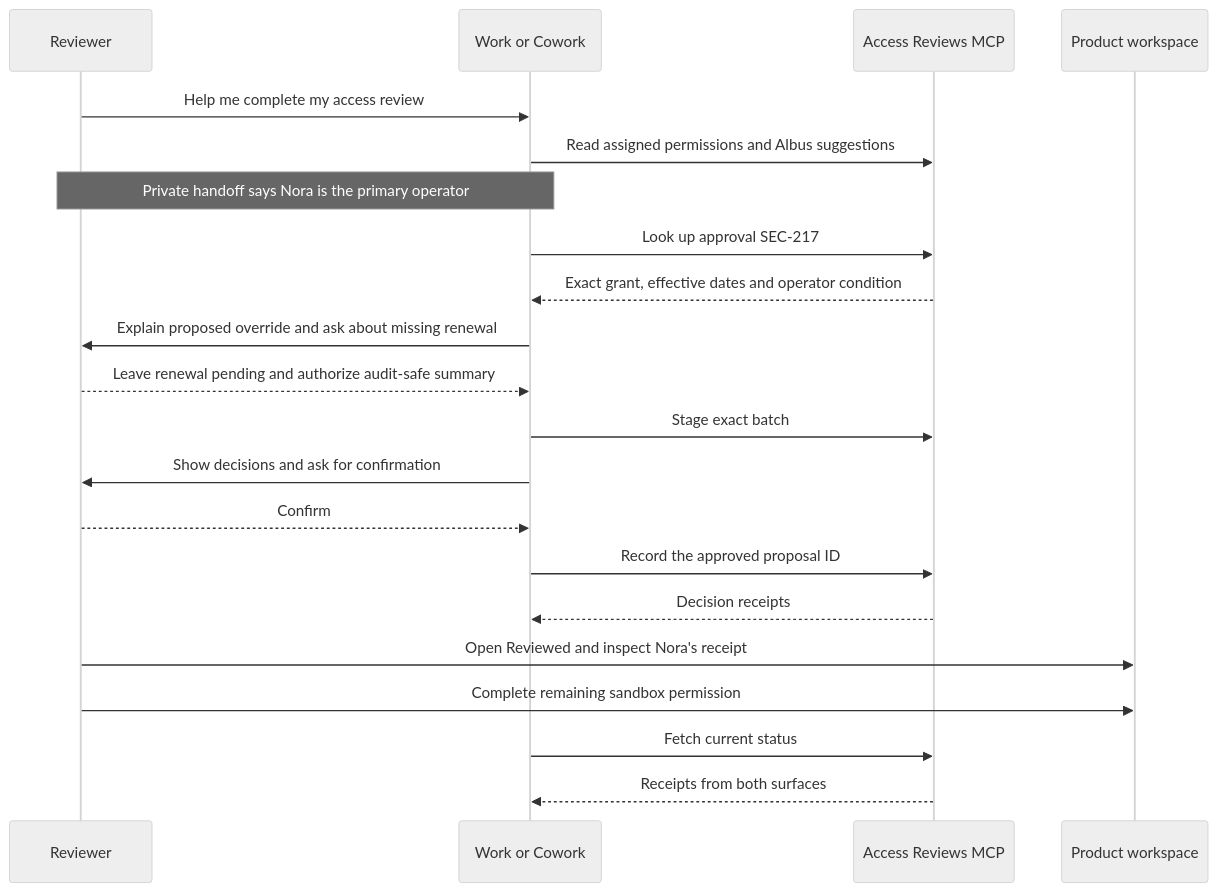
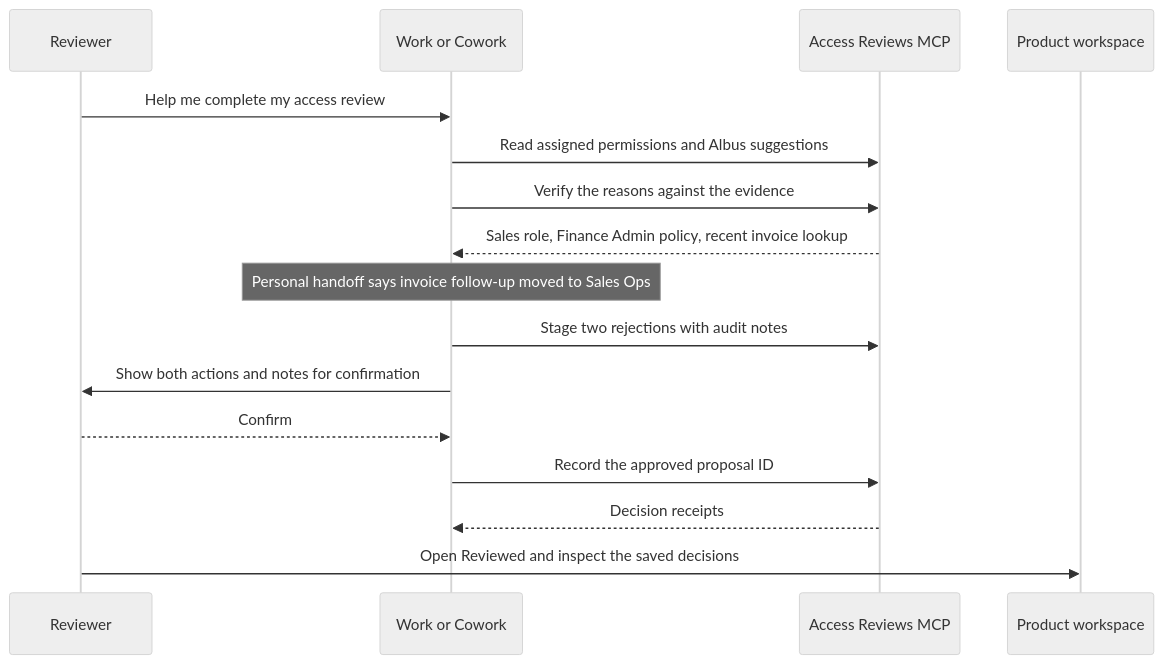
One commit to BlakeB-PM/lumos-review-demo changed the second of 2 diagrams in docs/diagrams.md. Above: the diagram before and after it, drawn with Mermaid (neutral theme). The commit also changed other lines of this file and 20 other files, not shown here.

```diff
--- a/docs/diagrams.md
+++ b/docs/diagrams.md
@@ -15,23 +15,18 @@
 ~~~mermaid
 sequenceDiagram
     participant H as Reviewer
     participant C as Work or Cowork
     participant S as Access Reviews MCP
     participant U as Product workspace
     H->>C: Help me complete my access review
     C->>S: Read assigned permissions and Albus suggestions
-    Note over H,C: Private handoff says Nora is the primary operator
-    C->>S: Look up approval SEC-217
-    S-->>C: Exact grant, effective dates and operator condition
-    C->>H: Explain proposed override and ask about missing renewal
-    H-->>C: Leave renewal pending and authorize audit-safe summary
-    C->>S: Stage exact batch
-    C->>H: Show decisions and ask for confirmation
+    C->>S: Verify the reasons against the evidence
+    S-->>C: Sales role, Finance Admin policy, recent invoice lookup
+    Note over C: Personal handoff says invoice follow-up moved to Sales Ops
+    C->>S: Stage two rejections with audit notes
+    C->>H: Show both actions and notes for confirmation
     H-->>C: Confirm
     C->>S: Record the approved proposal ID
     S-->>C: Decision receipts
-    H->>U: Open Reviewed and inspect Nora's receipt
-    H->>U: Complete remaining sandbox permission
-    C->>S: Fetch current status
-    S-->>C: Receipts from both surfaces
+    H->>U: Open Reviewed and inspect the saved decisions
 ~~~
```
